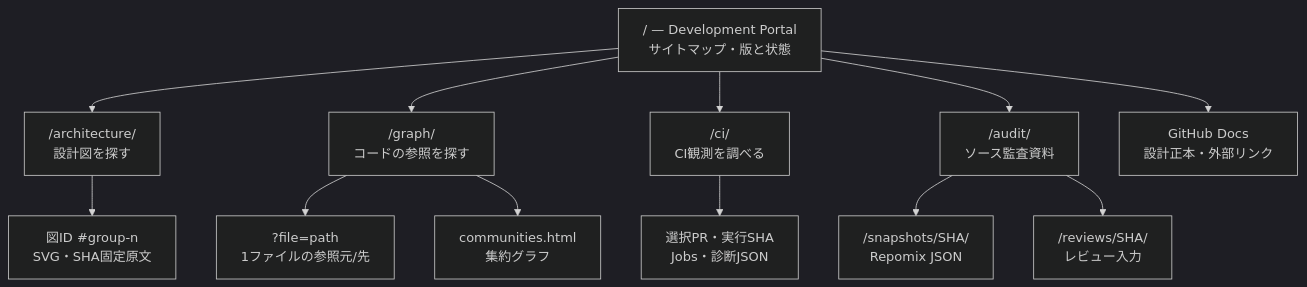
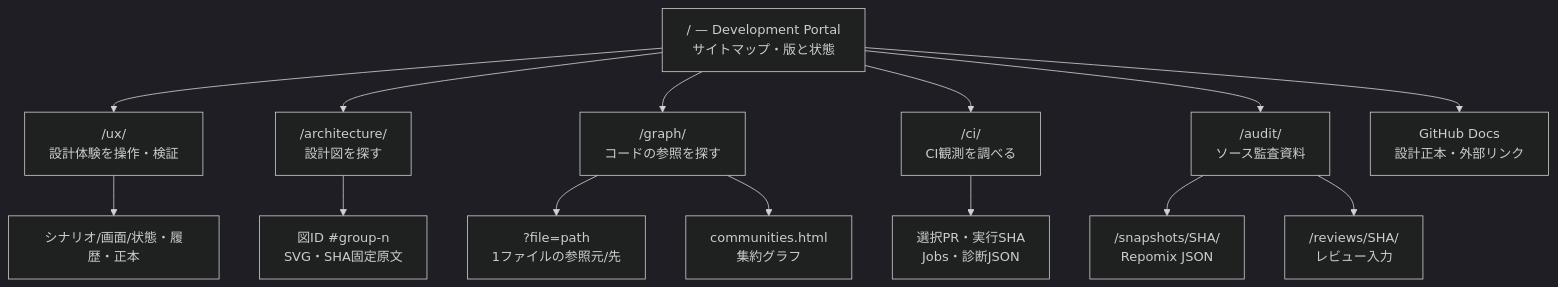
Before and after one commit to yohn-jp/codexia: the first of 7 diagrams in docs/design/DEVELOPMENT-PAGES-UX.md, drawn with Mermaid (dark theme). The commit also changed other lines of this file and 4 other files, not shown here.

````diff
--- a/docs/design/DEVELOPMENT-PAGES-UX.md
+++ b/docs/design/DEVELOPMENT-PAGES-UX.md
@@ -39,15 +40,17 @@
 ```mermaid
 flowchart TB
     HOME["/ — Development Portal<br/>サイトマップ・版と状態"]
+    HOME --> UX["/ux/<br/>設計体験を操作・検証"]
+    UX --> UXPLAY["シナリオ/画面/状態・履歴・正本"]
     HOME --> ARCH["/architecture/<br/>設計図を探す"]
     HOME --> GRAPH["/graph/<br/>コードの参照を探す"]
     HOME --> CI["/ci/<br/>CI観測を調べる"]
     HOME --> AUDIT["/audit/<br/>ソース監査資料"]
     HOME --> DOC["GitHub Docs<br/>設計正本・外部リンク"]
     ARCH --> DIAGRAM["図ID #group-n<br/>SVG・SHA固定原文"]
     GRAPH --> FILE["?file=path<br/>1ファイルの参照元/先"]
     GRAPH --> COMMUNITY["communities.html<br/>集約グラフ"]
     CI --> RUN["選択PR・実行SHA<br/>Jobs・診断JSON"]
     AUDIT --> SNAP["/snapshots/SHA/<br/>Repomix JSON"]
     AUDIT --> REVIEW["/reviews/SHA/<br/>レビュー入力"]
 ```
````
